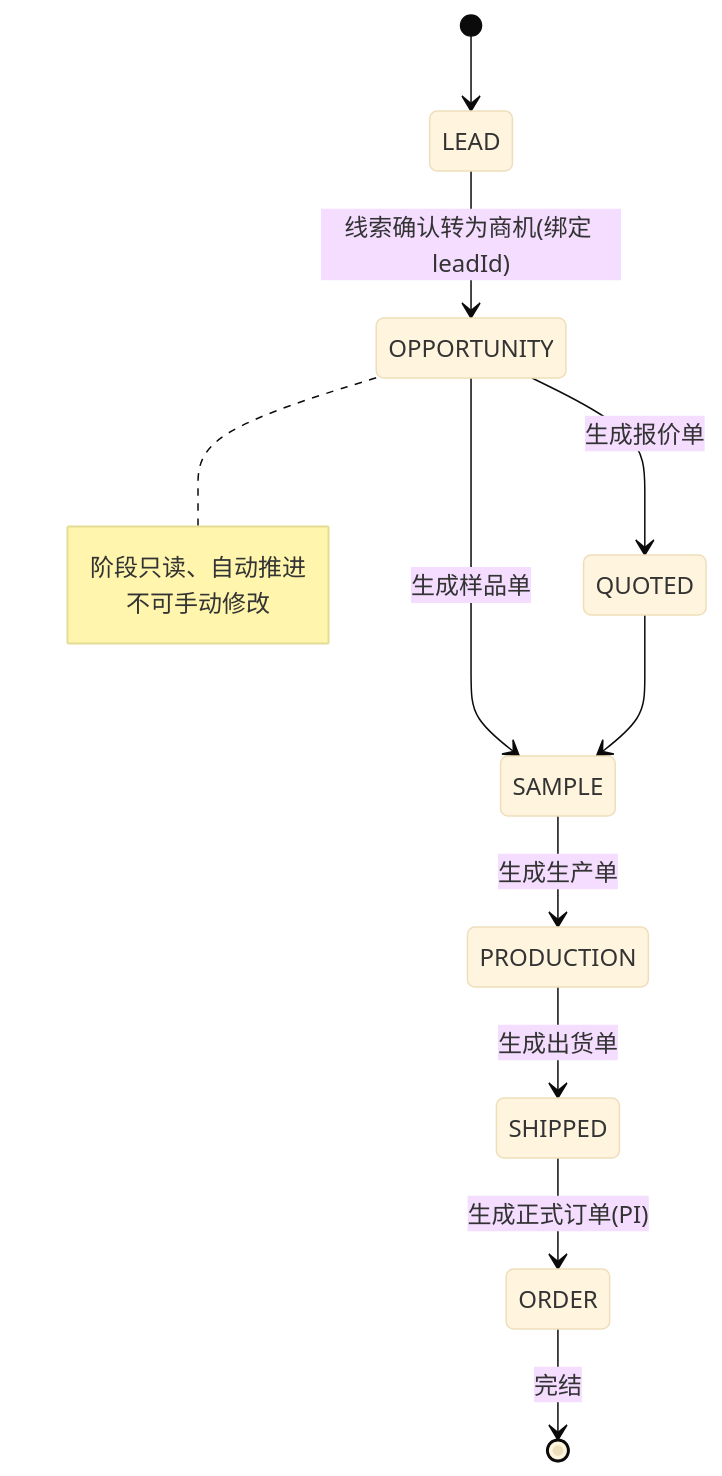
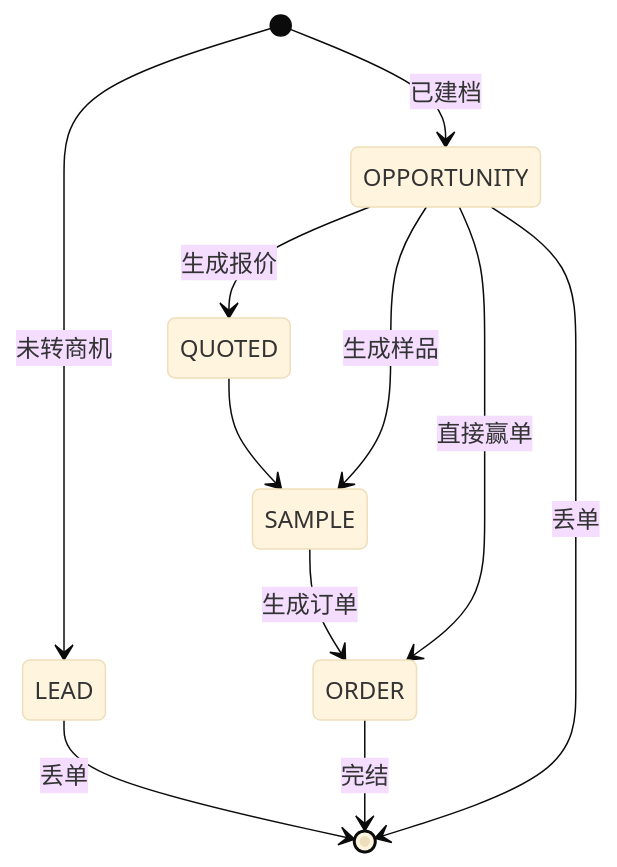
The third of 6 diagrams in docs/业务流程与状态机.md (wx-wan/ysem), drawn with Mermaid (base theme) before and after one commit. The commit also changed other lines of this file, not shown here.

Commit message:
docs: 重排业务流程与状态机 mermaid 图表，修正实现进度

````diff
--- a/docs/业务流程与状态机.md
+++ b/docs/业务流程与状态机.md
@@ -65,17 +66,14 @@
 ```mermaid
 stateDiagram-v2
-    [*] --> LEAD
-    LEAD --> OPPORTUNITY : 线索确认转为商机(绑定 leadId)
-    OPPORTUNITY --> QUOTED : 生成报价单
-    OPPORTUNITY --> SAMPLE : 生成样品单
+    [*] --> LEAD : 未转商机
+    [*] --> OPPORTUNITY : 已建档
+    OPPORTUNITY --> QUOTED : 生成报价
+    OPPORTUNITY --> SAMPLE : 生成样品
     QUOTED --> SAMPLE
-    SAMPLE --> PRODUCTION : 生成生产单
-    PRODUCTION --> SHIPPED : 生成出货单
-    SHIPPED --> ORDER : 生成正式订单(PI)
+    SAMPLE --> ORDER : 生成订单
+    OPPORTUNITY --> ORDER : 直接赢单
+
     ORDER --> [*] : 完结
-
-    note right of OPPORTUNITY
-        阶段只读、自动推进
-        不可手动修改
-    end note
+    LEAD --> [*] : 丢单
+    OPPORTUNITY --> [*] : 丢单
 ```
````
